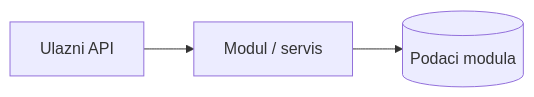
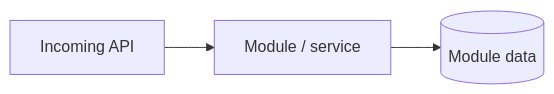
Before and after one commit to owlCoder/scutum: the first of 2 diagrams in docs/templates/PROJEKTNA_CELINA.md, drawn with Mermaid. The commit also changed other lines of this file and 14 other files, not shown here.

````diff
--- a/docs/templates/PROJEKTNA_CELINA.md
+++ b/docs/templates/PROJEKTNA_CELINA.md
@@ -15,5 +17,5 @@
 ```mermaid
 flowchart LR
-  A[Ulazni API] --> B[Modul / servis]
-  B --> C[(Podaci modula)]
+  A[Incoming API] --> B[Module / service]
+  B --> C[(Module data)]
 ```
````
